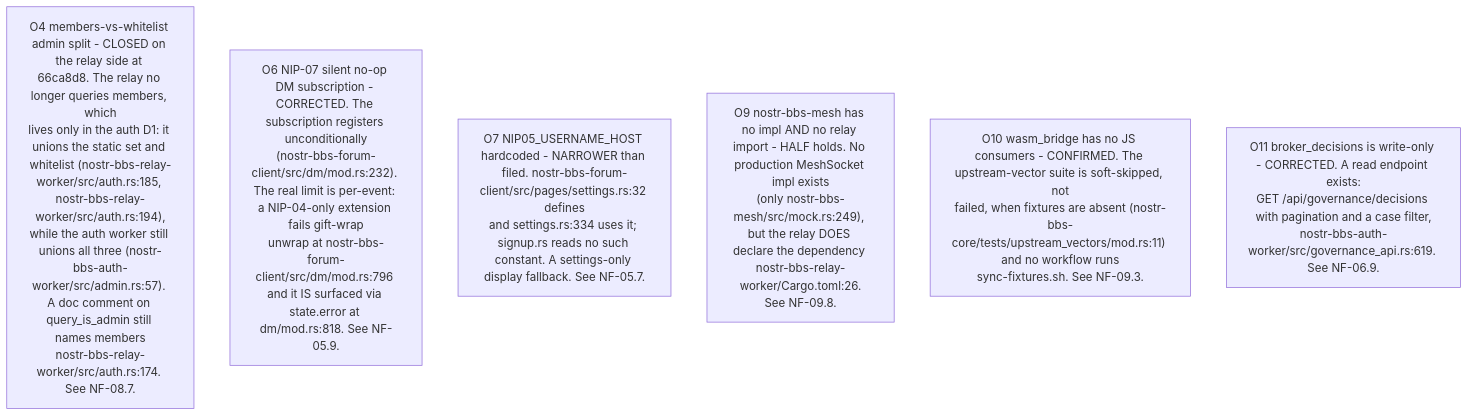
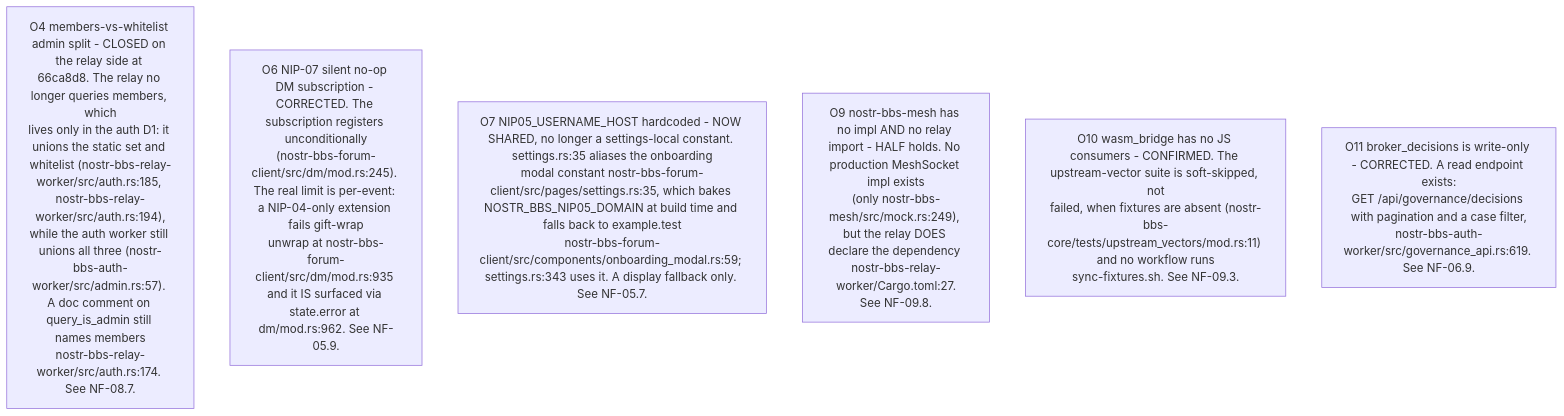
One commit to DreamLab-AI/VisionFlow changed the fourth of 10 diagrams in docs/diagrams/nostr-rust-forum/10-invariants-and-anomaly-register.md. Above: the diagram before and after it, drawn with Mermaid. The commit also changed other lines of this file and 160 other files, not shown here.

````diff
--- a/docs/diagrams/nostr-rust-forum/10-invariants-and-anomaly-register.md
+++ b/docs/diagrams/nostr-rust-forum/10-invariants-and-anomaly-register.md
@@ -113,9 +118,9 @@
 ```mermaid
 flowchart TB
     O4["O4 members-vs-whitelist admin split - CLOSED on the relay side at 66ca8d8. The relay no longer queries members, which<br/>lives only in the auth D1: it unions the static set and whitelist (nostr-bbs-relay-worker/src/auth.rs:185, nostr-bbs-relay-worker/src/auth.rs:194),<br/>while the auth worker still unions all three (nostr-bbs-auth-worker/src/admin.rs:57). A doc comment on query_is_admin still names members<br/>nostr-bbs-relay-worker/src/auth.rs:174. See NF-08.7."]
-    O6["O6 NIP-07 silent no-op DM subscription - CORRECTED. The subscription registers unconditionally<br/>(nostr-bbs-forum-client/src/dm/mod.rs:232). The real limit is per-event: a NIP-04-only extension fails gift-wrap<br/>unwrap at nostr-bbs-forum-client/src/dm/mod.rs:796 and it IS surfaced via state.error at dm/mod.rs:818. See NF-05.9."]
-    O7["O7 NIP05_USERNAME_HOST hardcoded - NARROWER than filed. nostr-bbs-forum-client/src/pages/settings.rs:32 defines<br/>and settings.rs:334 uses it; signup.rs reads no such constant. A settings-only display fallback. See NF-05.7."]
-    O9["O9 nostr-bbs-mesh has no impl AND no relay import - HALF holds. No production MeshSocket impl exists<br/>(only nostr-bbs-mesh/src/mock.rs:249), but the relay DOES declare the dependency nostr-bbs-relay-worker/Cargo.toml:26.<br/>See NF-09.8."]
+    O6["O6 NIP-07 silent no-op DM subscription - CORRECTED. The subscription registers unconditionally<br/>(nostr-bbs-forum-client/src/dm/mod.rs:245). The real limit is per-event: a NIP-04-only extension fails gift-wrap<br/>unwrap at nostr-bbs-forum-client/src/dm/mod.rs:935 and it IS surfaced via state.error at dm/mod.rs:962. See NF-05.9."]
+    O7["O7 NIP05_USERNAME_HOST hardcoded - NOW SHARED, no longer a settings-local constant. settings.rs:35 aliases the onboarding<br/>modal constant nostr-bbs-forum-client/src/pages/settings.rs:35, which bakes NOSTR_BBS_NIP05_DOMAIN at build time and falls back to example.test<br/>nostr-bbs-forum-client/src/components/onboarding_modal.rs:59; settings.rs:343 uses it. A display fallback only. See NF-05.7."]
+    O9["O9 nostr-bbs-mesh has no impl AND no relay import - HALF holds. No production MeshSocket impl exists<br/>(only nostr-bbs-mesh/src/mock.rs:249), but the relay DOES declare the dependency nostr-bbs-relay-worker/Cargo.toml:27.<br/>See NF-09.8."]
     O10["O10 wasm_bridge has no JS consumers - CONFIRMED. The upstream-vector suite is soft-skipped, not<br/>failed, when fixtures are absent (nostr-bbs-core/tests/upstream_vectors/mod.rs:11) and no workflow runs<br/>sync-fixtures.sh. See NF-09.3."]
     O11c["O11 broker_decisions is write-only - CORRECTED. A read endpoint exists:<br/>GET /api/governance/decisions with pagination and a case filter,<br/>nostr-bbs-auth-worker/src/governance_api.rs:619. See NF-06.9."]
 ```
````
